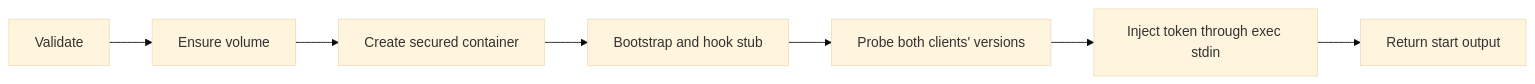
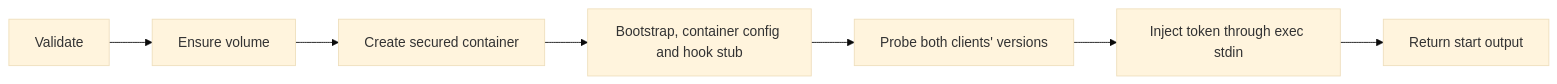
Before and after one commit to ophis/agent-pm: the diagram in docs/docker-broker-protocol.md, drawn with Mermaid (base theme). The commit also changed other lines of this file and 62 other files, not shown here.

First line of the commit message:
Broker manifest carries github and container_config

````diff
--- a/docs/docker-broker-protocol.md
+++ b/docs/docker-broker-protocol.md
@@ -112,9 +115,9 @@
 ```mermaid
 flowchart LR
     V[Validate] --> W[Ensure volume]
     W --> C[Create secured container]
-    C --> B[Bootstrap and hook stub]
+    C --> B[Bootstrap, container config and hook stub]
     B --> P[Probe both clients' versions]
     P --> T[Inject token through exec stdin]
     T --> O[Return start output]
 ```
````
